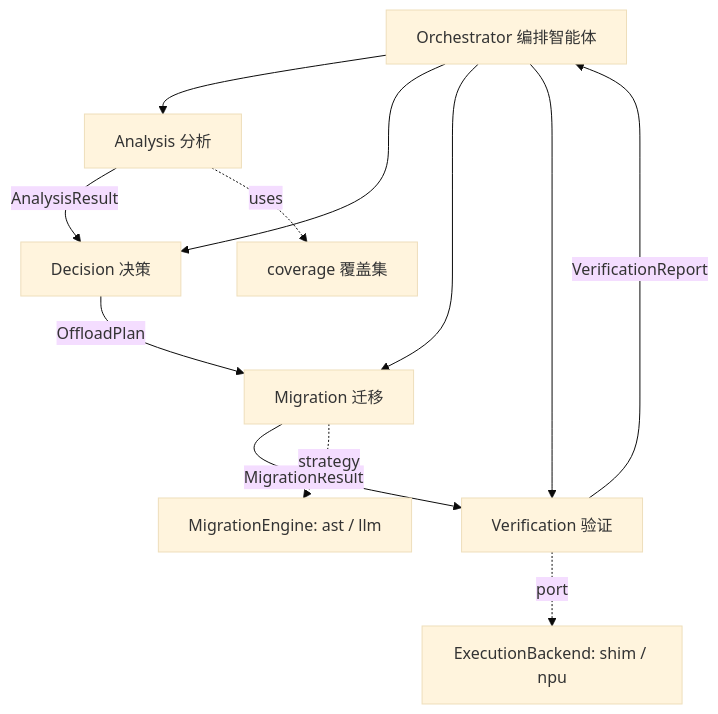
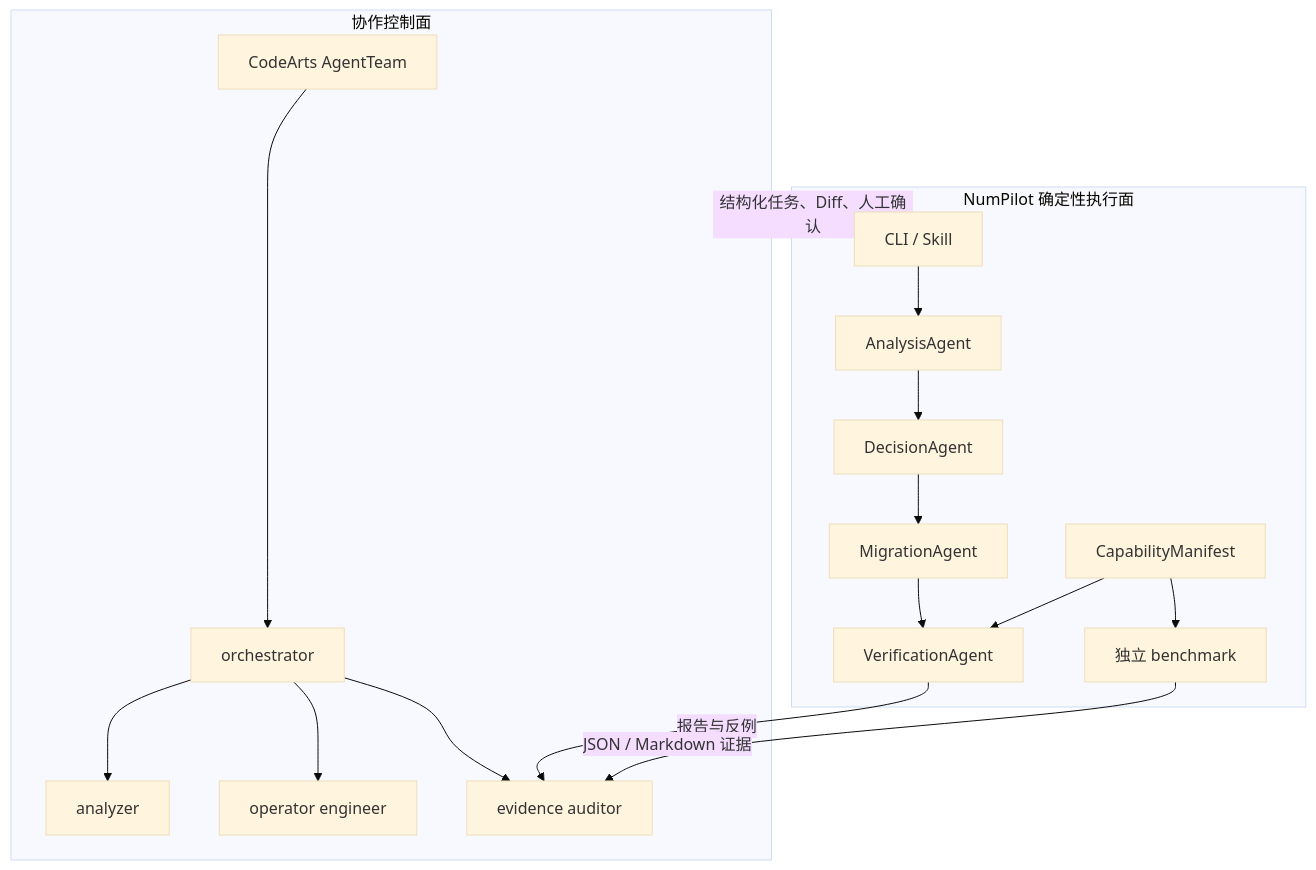
One commit to DEGger21/numpilot changed the first of 2 diagrams in docs/architecture.md. Above: the diagram before and after it, drawn with Mermaid (base theme). The commit also changed other lines of this file and 53 other files, not shown here.

````diff
--- a/docs/architecture.md
+++ b/docs/architecture.md
@@ -16,14 +9,31 @@
 ```mermaid
-graph TD
-    O[Orchestrator 编排智能体] --> A[Analysis 分析]
-    O --> D[Decision 决策]
-    O --> M[Migration 迁移]
-    O --> V[Verification 验证]
-    A -- AnalysisResult --> D
-    D -- OffloadPlan --> M
-    M -- MigrationResult --> V
-    V -- VerificationReport --> O
-    A -.uses.-> COV[coverage 覆盖集]
-    M -.strategy.-> ENG[MigrationEngine: ast / llm]
-    V -.port.-> BE[ExecutionBackend: shim / npu]
+flowchart TB
+  subgraph Control[协作控制面]
+    CA[CodeArts AgentTeam]
+    LEAD[orchestrator]
+    ANA[analyzer]
+    OPE[operator engineer]
+    AUD[evidence auditor]
+    CA --> LEAD
+    LEAD --> ANA
+    LEAD --> OPE
+    LEAD --> AUD
+  end
+
+  subgraph Execution[NumPilot 确定性执行面]
+    CLI[CLI / Skill]
+    A[AnalysisAgent]
+    D[DecisionAgent]
+    M[MigrationAgent]
+    V[VerificationAgent]
+    CAP[CapabilityManifest]
+    BENCH[独立 benchmark]
+    CLI --> A --> D --> M --> V
+    CAP --> V
+    CAP --> BENCH
+  end
+
+  Control -->|结构化任务、Diff、人工确认| CLI
+  V -->|报告与反例| AUD
+  BENCH -->|JSON / Markdown 证据| AUD
 ```
````
